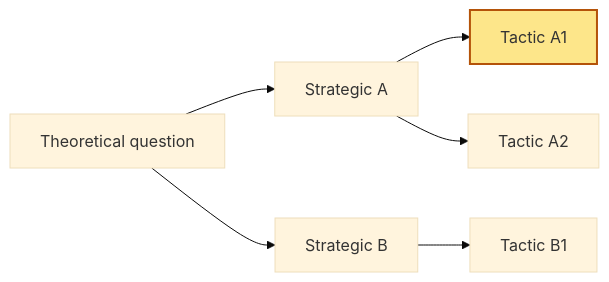
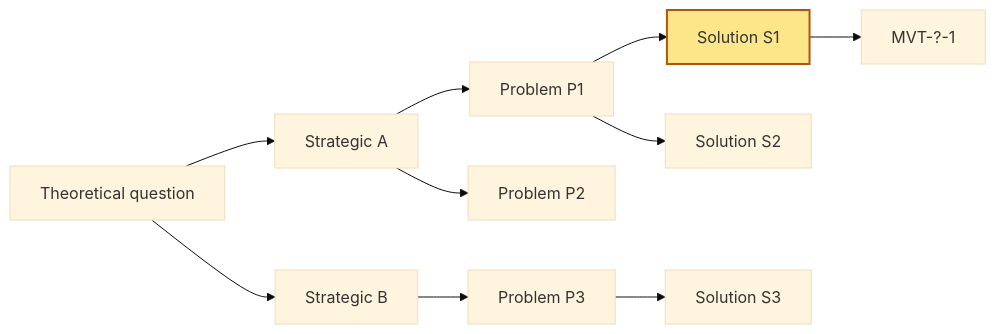
Before and after one commit to brubinsztein/strategic-experimentation-coach: the diagram in assets/running-doc-template.md, drawn with Mermaid (base theme). The commit also changed other lines of this file and 5 other files, not shown here.

First line of the commit message:
feat: v1.0 re-base on Problem to Solution to MVT spine

````diff
--- a/assets/running-doc-template.md
+++ b/assets/running-doc-template.md
@@ -43,9 +53,13 @@
 ```mermaid
 graph LR
     Q["Theoretical question"] --> A["Strategic A"]
     Q --> B["Strategic B"]
-    A --> A1["Tactic A1"]:::priority
-    A --> A2["Tactic A2"]
-    B --> B1["Tactic B1"]
+    A --> P1["Problem P1"]
+    A --> P2["Problem P2"]
+    B --> P3["Problem P3"]
+    P1 --> S1["Solution S1"]:::priority
+    P1 --> S2["Solution S2"]
+    P3 --> S3["Solution S3"]
+    S1 --> M1["MVT-?-1"]
     classDef priority fill:#fde68a,stroke:#b45309,stroke-width:2px;
 ```
````
